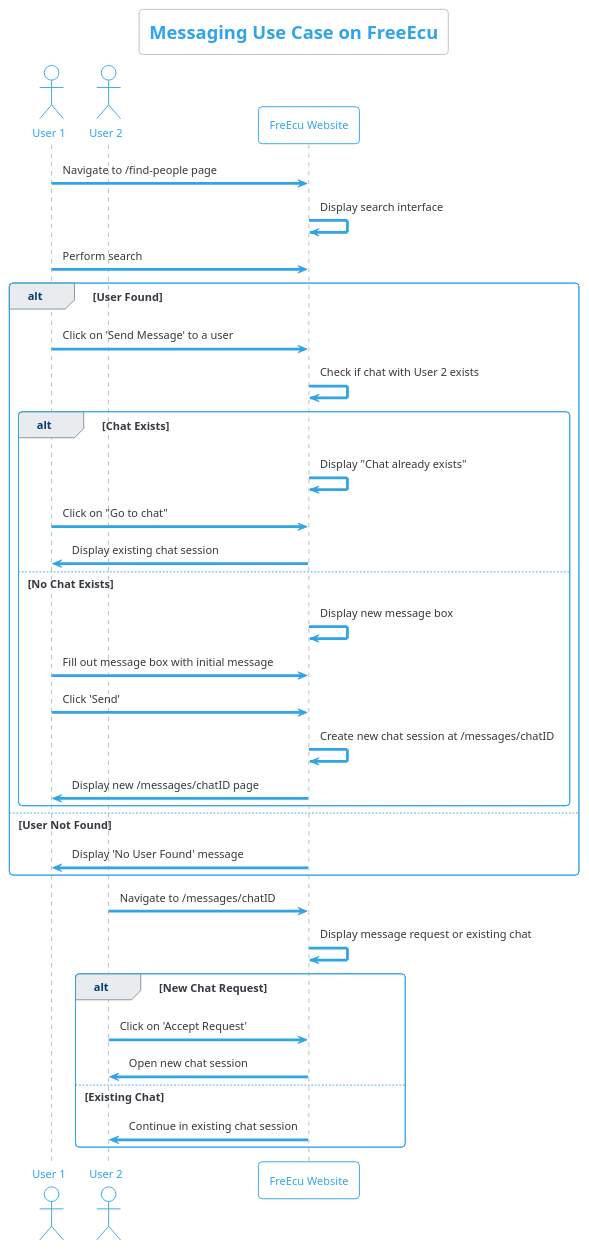
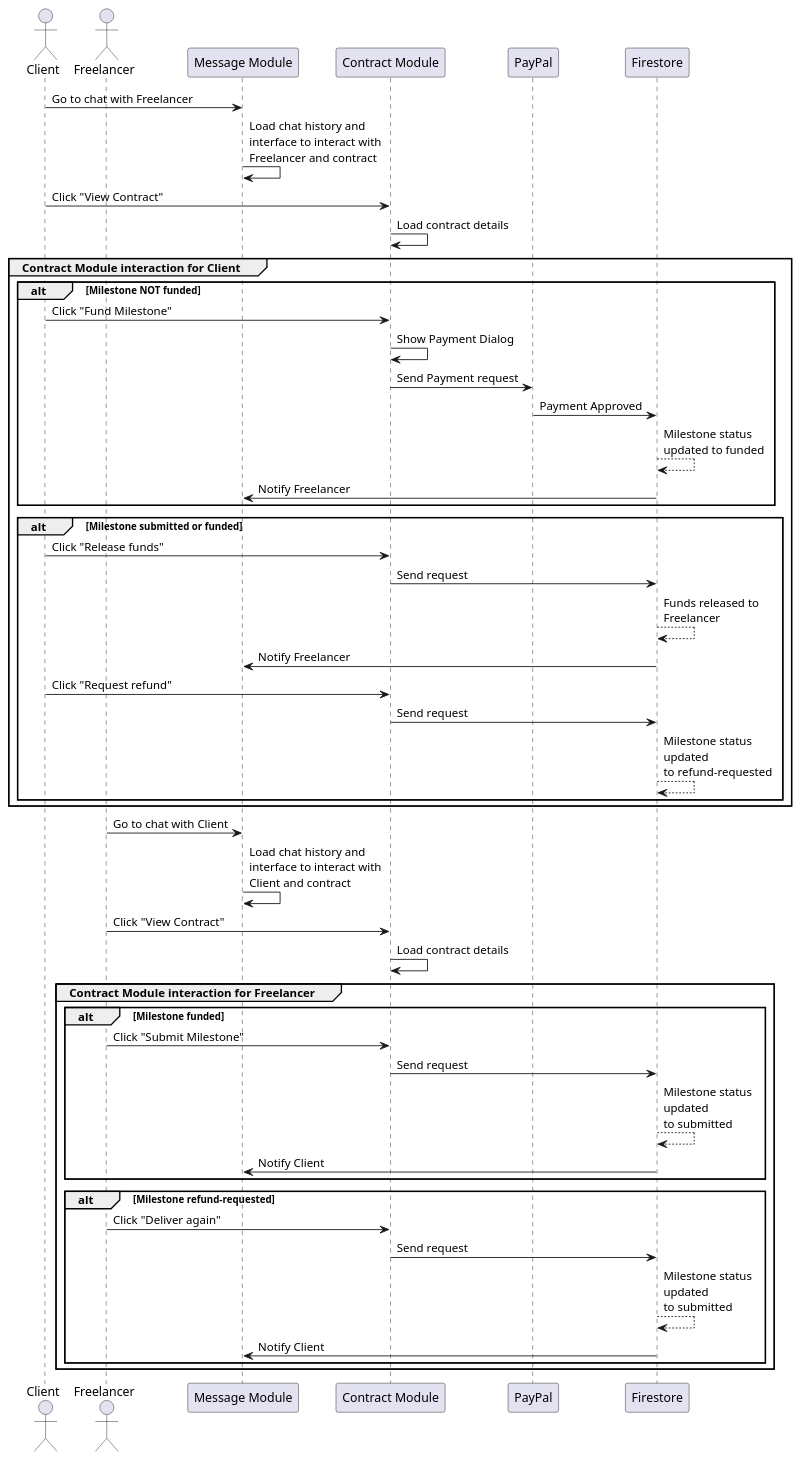
Before and after one commit to sebas-rom/proyectointegrador: the diagram in src/uml/messaging.puml, drawn with PlantUML. The commit also changed 1 other file, not shown here.

```diff
--- a/src/uml/messaging.puml
+++ b/src/uml/messaging.puml
@@ -1,44 +1,52 @@
-@startuml messaging
+@startuml contract-flow
+actor Client
+actor Freelancer
+participant "Message Module" as MM
+participant "Contract Module" as CM
+participant PayPal
+participant Firestore as FB
 
-!theme cerulean-outline
-skinparam defaultFontName Arial
-title Messaging Use Case on FreeEcu
-
-actor "User 1" as U1
-actor "User 2" as U2
-participant "FreEcu Website" as WEB
-
-U1 -> WEB: Navigate to /find-people page
-WEB -> WEB: Display search interface
-U1 -> WEB: Perform search
-
-alt User Found
-    U1 -> WEB: Click on 'Send Message' to a user
-    WEB -> WEB: Check if chat with User 2 exists
-    
-    alt Chat Exists
-        WEB -> WEB: Display "Chat already exists"
-        U1 -> WEB: Click on "Go to chat"
-        WEB -> U1: Display existing chat session
-    else No Chat Exists
-        WEB -> WEB: Display new message box
-        U1 -> WEB: Fill out message box with initial message
-        U1 -> WEB: Click 'Send'
-        WEB -> WEB: Create new chat session at /messages/chatID
-        WEB -> U1: Display new /messages/chatID page
-    end
-    
-else User Not Found
-    WEB -> U1: Display 'No User Found' message
+Client -> MM : Go to chat with Freelancer
+MM -> MM : Load chat history and \ninterface to interact with \nFreelancer and contract
+Client -> CM : Click "View Contract"
+CM -> CM : Load contract details
+group Contract Module interaction for Client
+  alt Milestone NOT funded
+    Client -> CM : Click "Fund Milestone"
+    CM -> CM : Show Payment Dialog
+    CM -> PayPal: Send Payment request
+    PayPal -> FB : Payment Approved
+    FB --> FB : Milestone status \nupdated to funded
+    FB -> MM : Notify Freelancer    
+  end
+  alt Milestone submitted or funded
+    Client -> CM : Click "Release funds"
+    CM -> FB : Send request
+    FB --> FB : Funds released to \nFreelancer
+    FB -> MM : Notify Freelancer    
+    Client -> CM : Click "Request refund"
+    CM -> FB : Send request
+    FB --> FB : Milestone status \nupdated \nto refund-requested
+  end
 end
 
-U2 -> WEB: Navigate to /messages/chatID
-WEB -> WEB: Display message request or existing chat
-alt New Chat Request
-    U2 -> WEB: Click on 'Accept Request'
-    WEB -> U2: Open new chat session
-else Existing Chat
-    WEB -> U2: Continue in existing chat session
+Freelancer -> MM : Go to chat with Client
+MM -> MM : Load chat history and \ninterface to interact with \nClient and contract
+Freelancer -> CM : Click "View Contract"
+CM -> CM : Load contract details
+group Contract Module interaction for Freelancer
+  alt Milestone funded
+    Freelancer -> CM : Click "Submit Milestone"
+    CM -> FB : Send request
+    FB --> FB : Milestone status \nupdated \nto submitted
+    FB -> MM : Notify Client
+  end
+  alt Milestone refund-requested
+    Freelancer -> CM : Click "Deliver again"
+    CM -> FB : Send request
+    FB --> FB : Milestone status \nupdated \nto submitted
+    FB -> MM : Notify Client
+  end
 end
 
 @enduml
```
